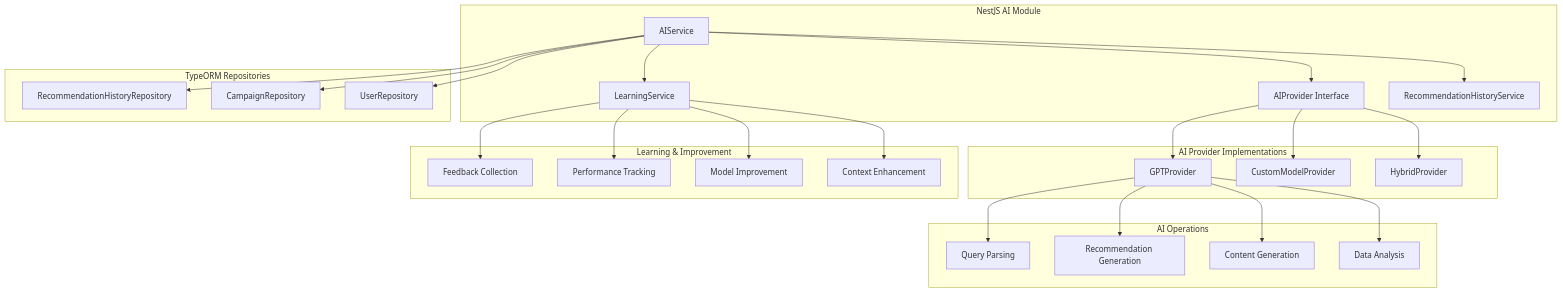
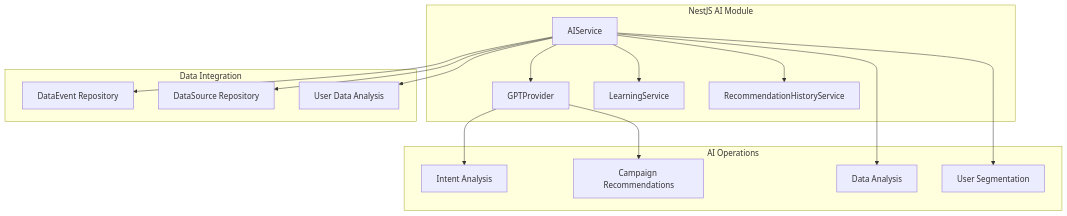
The fourth of 8 diagrams in docs/system-design.md (sakibrahmanchy/markopolo-ai-fullstack-challenge), drawn with Mermaid before and after one commit. The commit also changed other lines of this file and 18 other files, not shown here.

````diff
--- a/docs/system-design.md
+++ b/docs/system-design.md
@@ -196,53 +197,33 @@
 ```mermaid
 graph TB
     subgraph "NestJS AI Module"
         A[AIService]
-        B[AIProvider Interface]
+        B[GPTProvider]
         C[LearningService]
         D[RecommendationHistoryService]
     end
     
-    subgraph "AI Provider Implementations"
-        E[GPTProvider]
-        F[CustomModelProvider]
-        G[HybridProvider]
+    subgraph "AI Operations"
+        E[Intent Analysis]
+        F[Campaign Recommendations]
+        G[Data Analysis]
+        H[User Segmentation]
     end
     
-    subgraph "AI Operations"
-        H[Query Parsing]
-        I[Recommendation Generation]
-        J[Content Generation]
-        K[Data Analysis]
-    end
-    
-    subgraph "Learning & Improvement"
-        L[Feedback Collection]
-        M[Performance Tracking]
-        N[Model Improvement]
-        O[Context Enhancement]
-    end
-    
-    subgraph "TypeORM Repositories"
-        P[RecommendationHistoryRepository]
-        Q[CampaignRepository]
-        R[UserRepository]
+    subgraph "Data Integration"
+        I[DataEvent Repository]
+        J[DataSource Repository]
+        K[User Data Analysis]
     end
     
     A --> B
+    A --> C
+    A --> D
     B --> E
     B --> F
-    B --> G
-    A --> C
-    A --> D
-    E --> H
-    E --> I
-    E --> J
-    E --> K
-    C --> L
-    C --> M
-    C --> N
-    C --> O
-    A --> P
-    A --> Q
-    A --> R
+    A --> G
+    A --> H
+    A --> I
+    A --> J
+    A --> K
 ```
````
